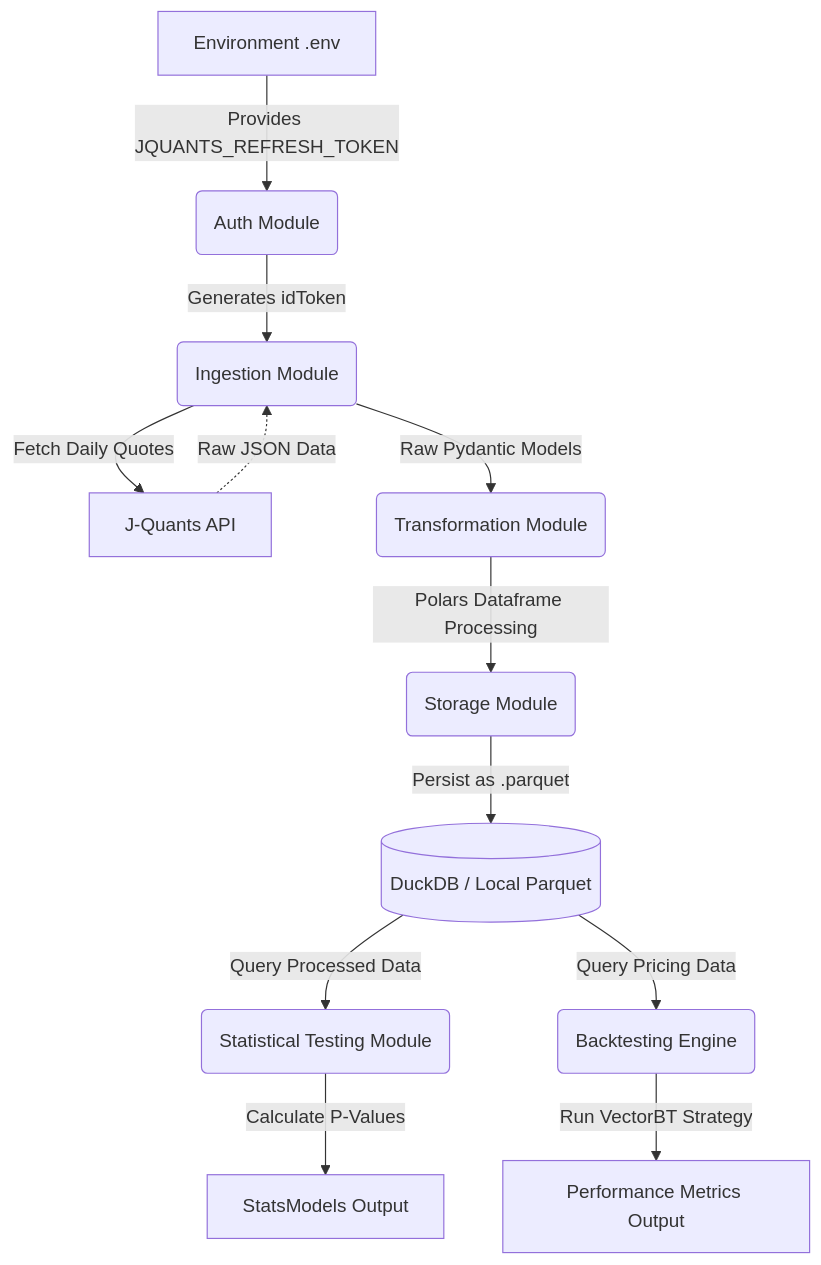
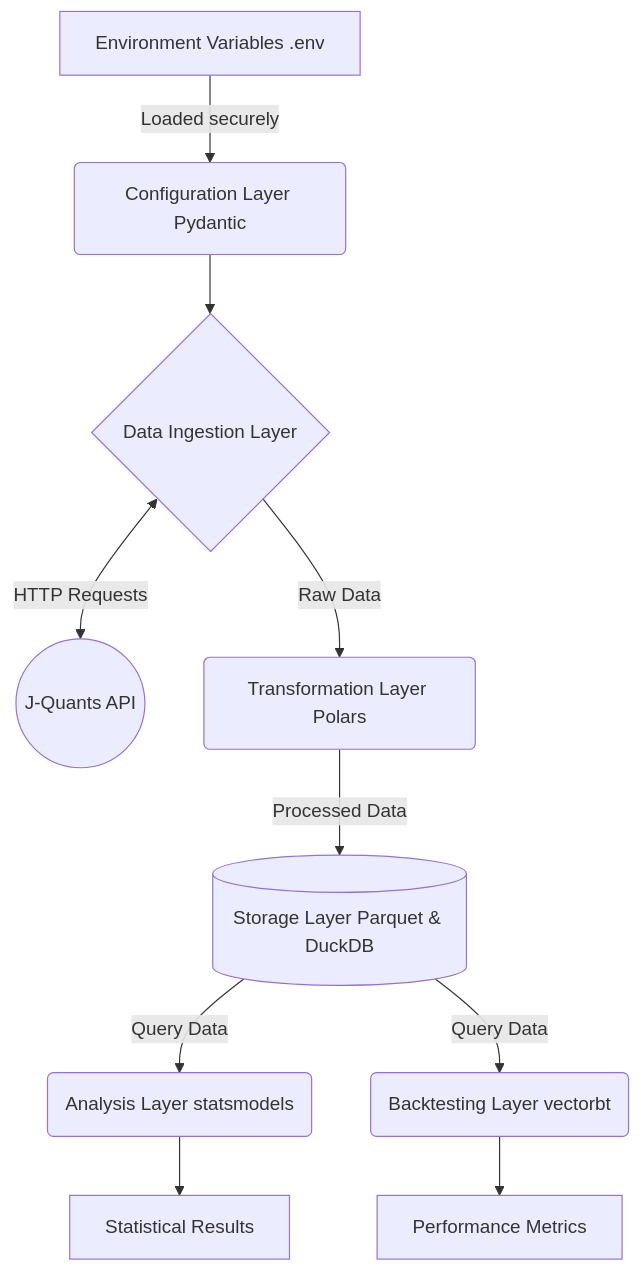
The diagram in dev_documents/system_prompts/SYSTEM_ARCHITECTURE.md (tsuyama1990/JTC), drawn with Mermaid before and after one commit. The commit also changed other lines of this file and 7 other files, not shown here.

First line of the commit message:
Architectural design phase for quantitative analysis pipeline

````diff
--- a/dev_documents/system_prompts/SYSTEM_ARCHITECTURE.md
+++ b/dev_documents/system_prompts/SYSTEM_ARCHITECTURE.md
@@ -19,14 +30,12 @@
 ```mermaid
 graph TD
-    A[Environment .env] -->|Provides JQUANTS_REFRESH_TOKEN| B(Auth Module)
-    B -->|Generates idToken| C(Ingestion Module)
-    C -->|Fetch Daily Quotes| D[J-Quants API]
-    D -.->|Raw JSON Data| C
-    C -->|Raw Pydantic Models| E(Transformation Module)
-    E -->|Polars Dataframe Processing| F(Storage Module)
-    F -->|Persist as .parquet| G[(DuckDB / Local Parquet)]
-    G -->|Query Processed Data| H(Statistical Testing Module)
-    H -->|Calculate P-Values| I[StatsModels Output]
-    G -->|Query Pricing Data| J(Backtesting Engine)
-    J -->|Run VectorBT Strategy| K[Performance Metrics Output]
+    A[Environment Variables .env] -->|Loaded securely| B(Configuration Layer Pydantic)
+    B --> C{Data Ingestion Layer}
+    C <-->|HTTP Requests| D((J-Quants API))
+    C -->|Raw Data| E(Transformation Layer Polars)
+    E -->|Processed Data| F[(Storage Layer Parquet & DuckDB)]
+    F -->|Query Data| G(Analysis Layer statsmodels)
+    F -->|Query Data| H(Backtesting Layer vectorbt)
+    G --> I[Statistical Results]
+    H --> J[Performance Metrics]
 ```
````
